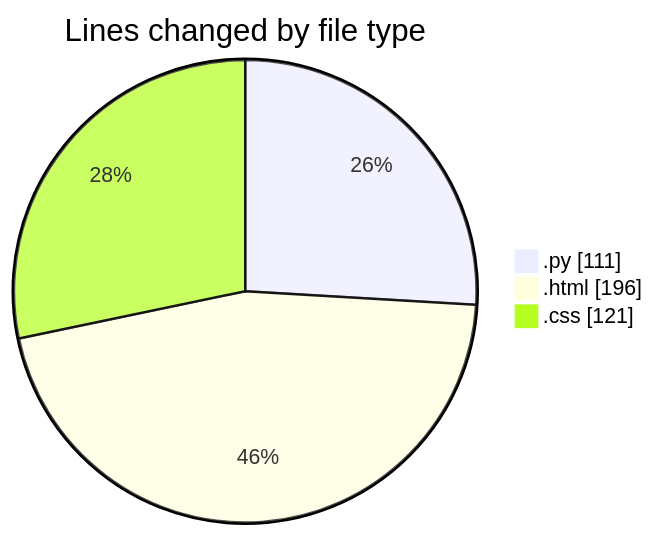
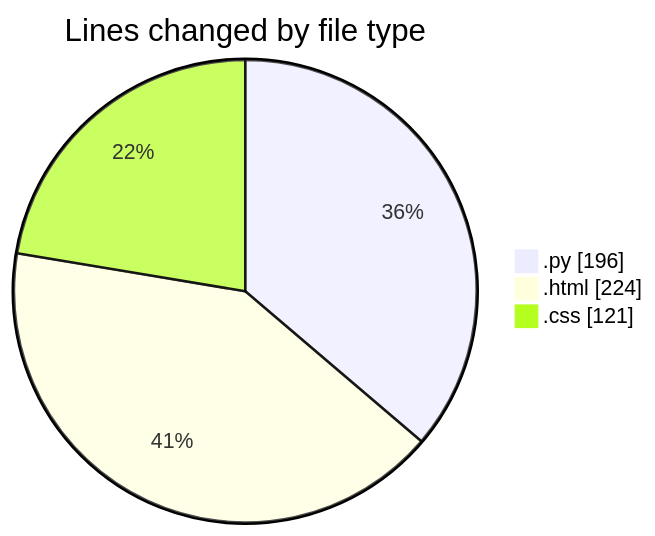
Before and after one commit to Elitesun/code-tracking: the first of 2 diagrams in 2025-01-31/flask/README.md, drawn with Mermaid. The commit also changed other lines of this file and 1 other file, not shown here.

````diff
--- a/2025-01-31/flask/README.md
+++ b/2025-01-31/flask/README.md
@@ -25,7 +25,7 @@
 ```mermaid
 pie showData
 title Lines changed by file type
-".py" : 111
-".html" : 196
+".py" : 196
+".html" : 224
 ".css" : 121
 ```
````
